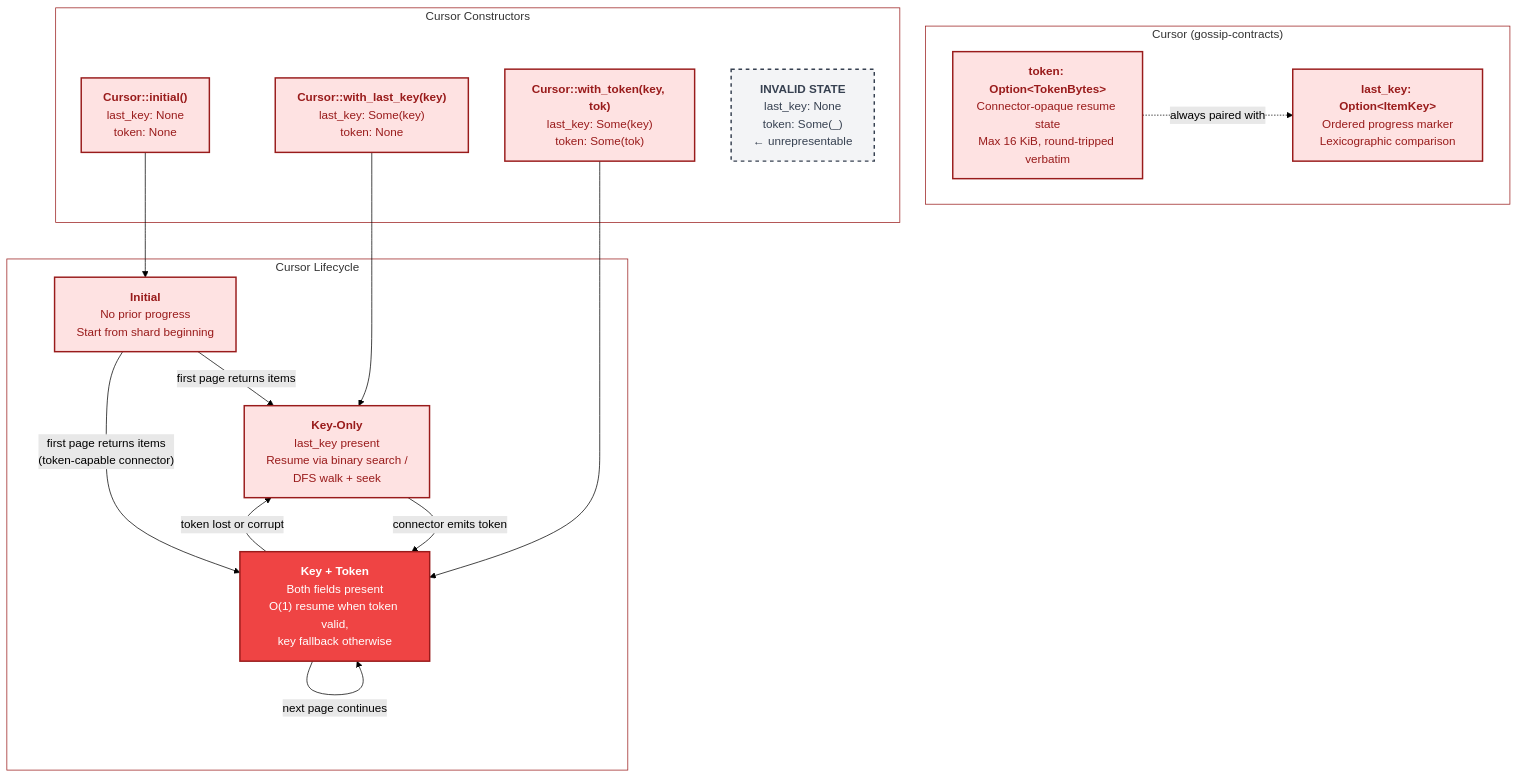
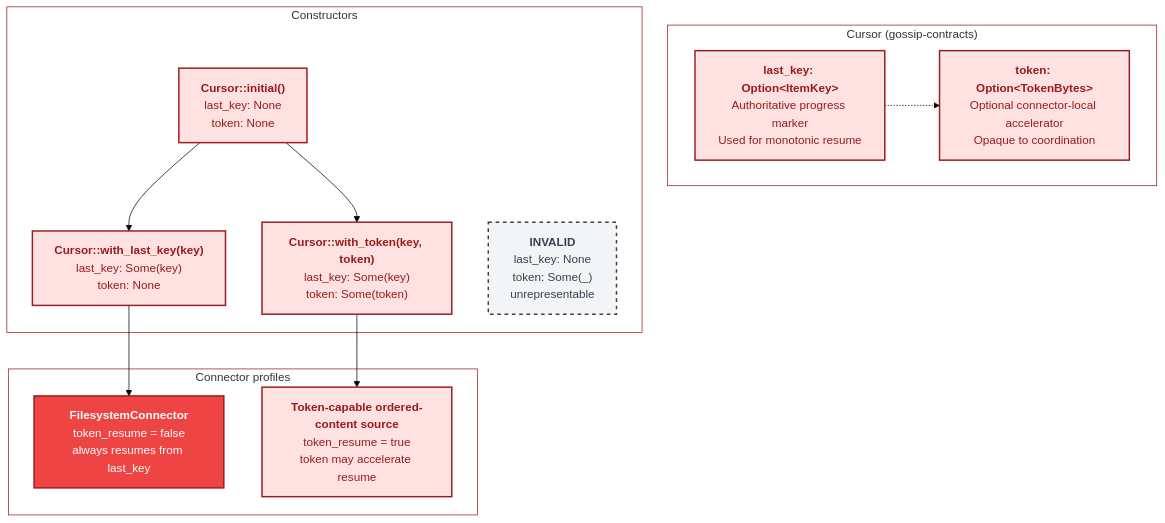
Before and after one commit to ahrav/Gossip-rs: the first of 3 diagrams in diagrams/16-cursor-resume-strategy.md, drawn with Mermaid (forest theme). The commit also changed other lines of this file and 10 other files, not shown here.

````diff
--- a/diagrams/16-cursor-resume-strategy.md
+++ b/diagrams/16-cursor-resume-strategy.md
@@ -40,47 +33,40 @@
 ```mermaid
-%% Diagram: two-layer-cursor-architecture
+%% Diagram: cursor-contract
 graph TD
     subgraph cursor_type["Cursor (gossip-contracts)"]
-        LK["<b>last_key: Option&lt;ItemKey&gt;</b><br/>Ordered progress marker<br/>Lexicographic comparison"]
-        TK["<b>token: Option&lt;TokenBytes&gt;</b><br/>Connector-opaque resume state<br/>Max 16 KiB, round-tripped verbatim"]
+        LK["<b>last_key: Option&lt;ItemKey&gt;</b><br/>Authoritative progress marker<br/>Used for monotonic resume"]
+        TK["<b>token: Option&lt;TokenBytes&gt;</b><br/>Optional connector-local accelerator<br/>Opaque to coordination"]
     end
 
-    subgraph constructors["Cursor Constructors"]
+    subgraph constructors["Constructors"]
         CI["<b>Cursor::initial()</b><br/>last_key: None<br/>token: None"]
         CK["<b>Cursor::with_last_key(key)</b><br/>last_key: Some(key)<br/>token: None"]
-        CT["<b>Cursor::with_token(key, tok)</b><br/>last_key: Some(key)<br/>token: Some(tok)"]
-        INVALID["<b>INVALID STATE</b><br/>last_key: None<br/>token: Some(_)<br/>← unrepresentable"]
+        CT["<b>Cursor::with_token(key, token)</b><br/>last_key: Some(key)<br/>token: Some(token)"]
+        INVALID["<b>INVALID</b><br/>last_key: None<br/>token: Some(_)<br/>unrepresentable"]
     end
 
-    subgraph states["Cursor Lifecycle"]
-        S0["<b>Initial</b><br/>No prior progress<br/>Start from shard beginning"]
-        S1["<b>Key-Only</b><br/>last_key present<br/>Resume via binary search /<br/>DFS walk + seek"]
-        S2["<b>Key + Token</b><br/>Both fields present<br/>O(1) resume when token valid,<br/>key fallback otherwise"]
+    subgraph connector_profiles["Connector profiles"]
+        FS["<b>FilesystemConnector</b><br/>token_resume = false<br/>always resumes from last_key"]
+        OPT["<b>Token-capable ordered-content source</b><br/>token_resume = true<br/>token may accelerate resume"]
     end
 
-    CI --> S0
-    CK --> S1
-    CT --> S2
+    CI --> CK
+    CI --> CT
+    LK -.-> TK
 
-    S0 -->|"first page returns items"| S1
-    S0 -->|"first page returns items<br/>(token-capable connector)"| S2
-    S1 -->|"connector emits token"| S2
-    S2 -->|"token lost or corrupt"| S1
-    S2 -->|"next page continues"| S2
-
-    TK -.->|"always paired with"| LK
+    CK --> FS
+    CT --> OPT
 
     style cursor_type fill:none,stroke:#991B1B,stroke-width:1px
     style constructors fill:none,stroke:#991B1B,stroke-width:1px
-    style states fill:none,stroke:#991B1B,stroke-width:1px
+    style connector_profiles fill:none,stroke:#991B1B,stroke-width:1px
 
     style LK fill:#FEE2E2,stroke:#991B1B,stroke-width:2px,color:#991B1B
     style TK fill:#FEE2E2,stroke:#991B1B,stroke-width:2px,color:#991B1B
     style CI fill:#FEE2E2,stroke:#991B1B,stroke-width:2px,color:#991B1B
     style CK fill:#FEE2E2,stroke:#991B1B,stroke-width:2px,color:#991B1B
     style CT fill:#FEE2E2,stroke:#991B1B,stroke-width:2px,color:#991B1B
     style INVALID fill:#F3F4F6,stroke:#374151,stroke-width:2px,stroke-dasharray:5 5,color:#374151
-    style S0 fill:#FEE2E2,stroke:#991B1B,stroke-width:2px,color:#991B1B
-    style S1 fill:#FEE2E2,stroke:#991B1B,stroke-width:2px,color:#991B1B
-    style S2 fill:#EF4444,stroke:#991B1B,stroke-width:2px,color:#FFFFFF
+    style FS fill:#EF4444,stroke:#991B1B,stroke-width:2px,color:#FFFFFF
+    style OPT fill:#FEE2E2,stroke:#991B1B,stroke-width:2px,color:#991B1B
 ```
````
